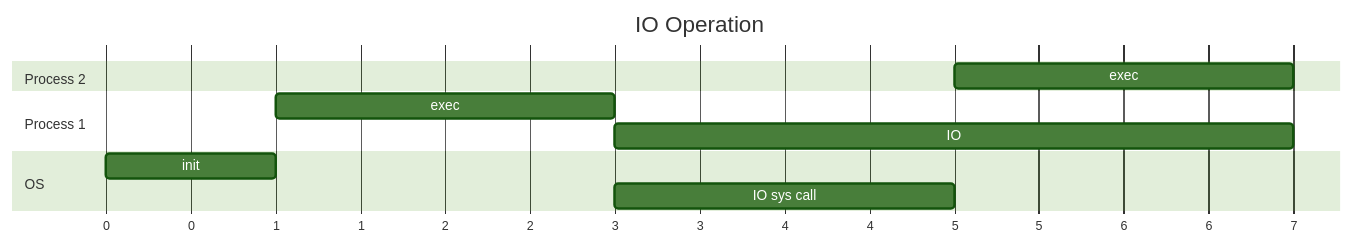
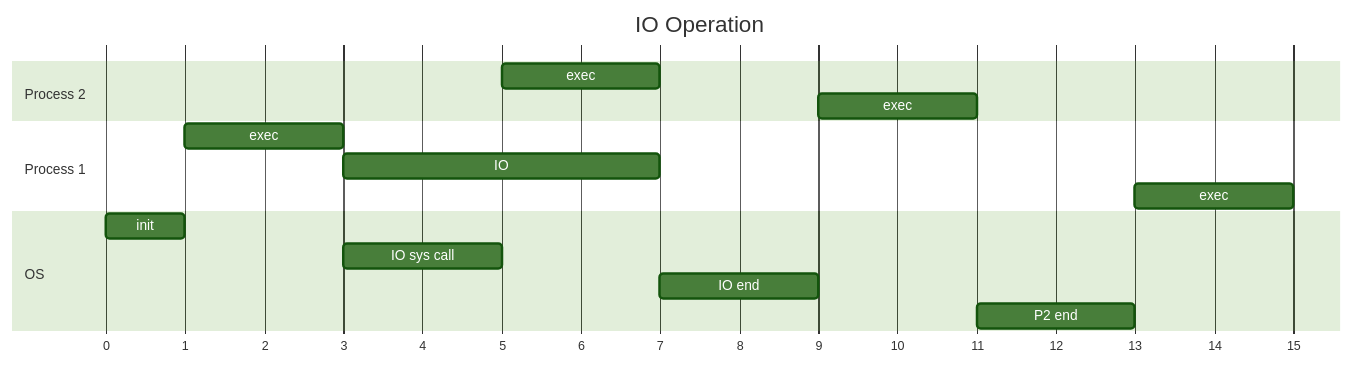
The diagram in CS/OS/data/21_Intro.md (angelromarco04/MyNotes), drawn with Mermaid (forest theme) before and after one commit.

Commit message:
vault backup: 2024-03-24 18:51:42

````diff
--- a/CS/OS/data/21_Intro.md
+++ b/CS/OS/data/21_Intro.md
@@ -60,17 +60,21 @@
 ```mermaid
 gantt
     title IO Operation
     dateFormat X
     axisFormat %s
     
     section Process 2
         exec    : p2_1, after os_2, 7
+        exec    : p2_2, after os_3, 11
         
     section Process 1
 	    exec    : p1_1, after os_1, 3
 	    IO      : p1_2, after p1_1, 7
+	    exec    : p1_3, after os_4, 15
 
 	section OS
-		init           : os_1, 0, 1
+		init            : os_1, 0, 1
 		IO sys call     : os_2, after p1_1, 5
+		IO end    : os_3, after p1_2, 9
+		P2 end          : os_4, after p2_2, 13
 ```
````
